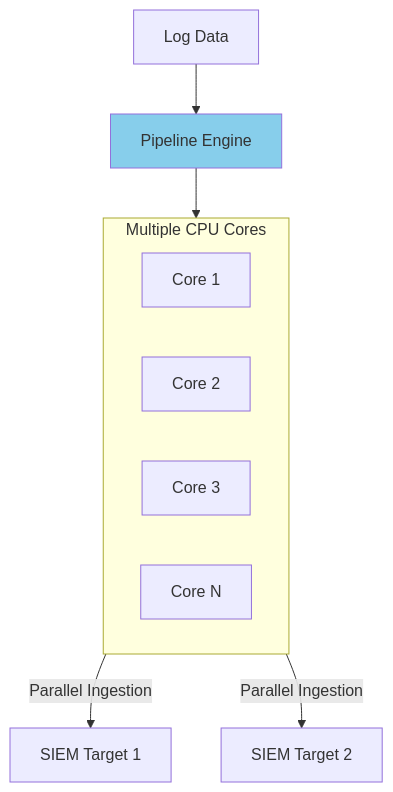
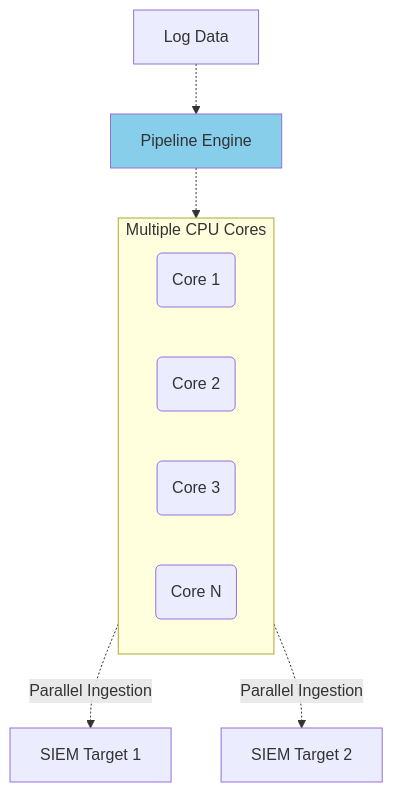
One commit to VirtualMetric/virtualmetric-docs changed the second of 7 diagrams in docs/README.mdx. Above: the diagram before and after it, drawn with Mermaid. The commit also changed other lines of this file and 10 other files, not shown here.

````diff
--- a/docs/README.mdx
+++ b/docs/README.mdx
@@ -66,17 +66,17 @@
 ```mermaid
 graph TD
     subgraph Cores[Multiple CPU Cores]
-        C1[Core 1]
-        C2[Core 2]
-        C3[Core 3]
-        C4[Core N]
+        C1(Core 1)
+        C2(Core 2)
+        C3(Core 3)
+        C4(Core N)
     end
     
-    Data[Log Data] --> Pipeline[Pipeline Engine]
-    Pipeline --> Cores
+    Data[Log Data] -.-> Pipeline[Pipeline Engine]
+    Pipeline -.-> Cores
     
-    Cores --> |Parallel Ingestion| SIEM1[SIEM Target 1]
-    Cores --> |Parallel Ingestion| SIEM2[SIEM Target 2]
+    Cores -.-> |Parallel Ingestion| SIEM1[SIEM Target 1]
+    Cores -.-> |Parallel Ingestion| SIEM2[SIEM Target 2]
     
     style Pipeline fill:#87CEEB
 ```
````
